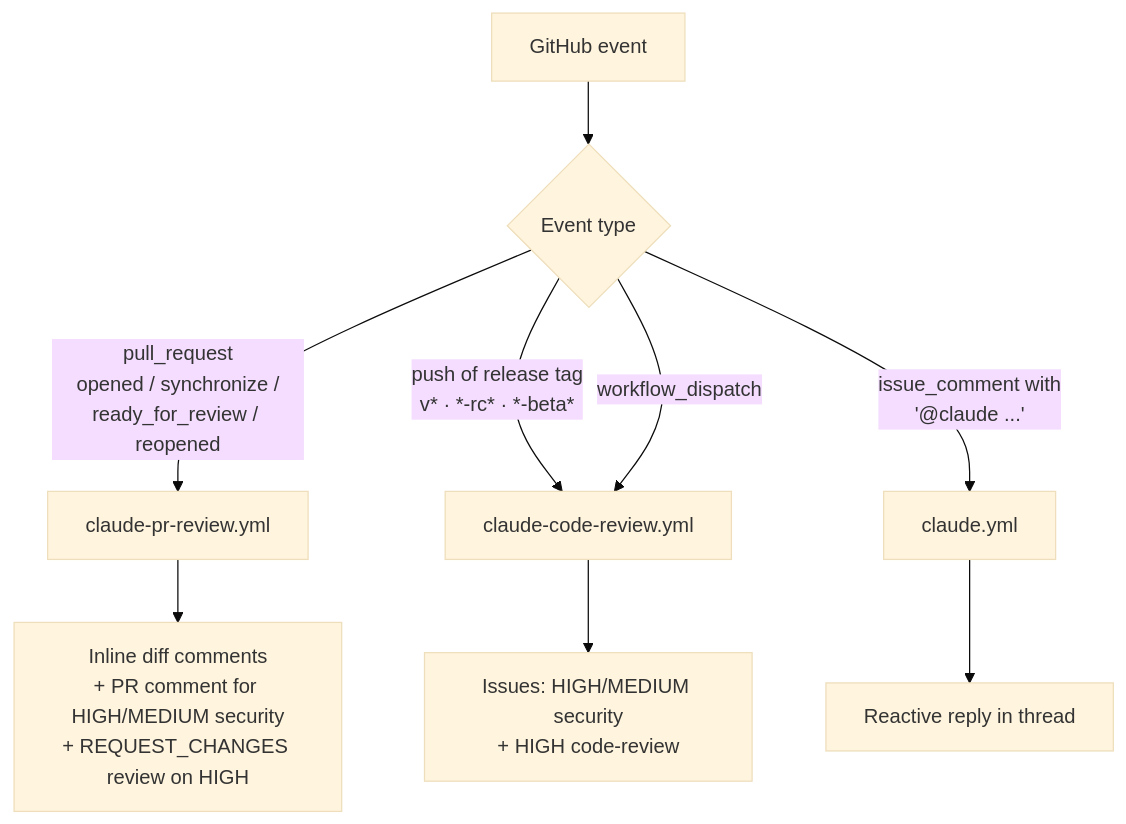
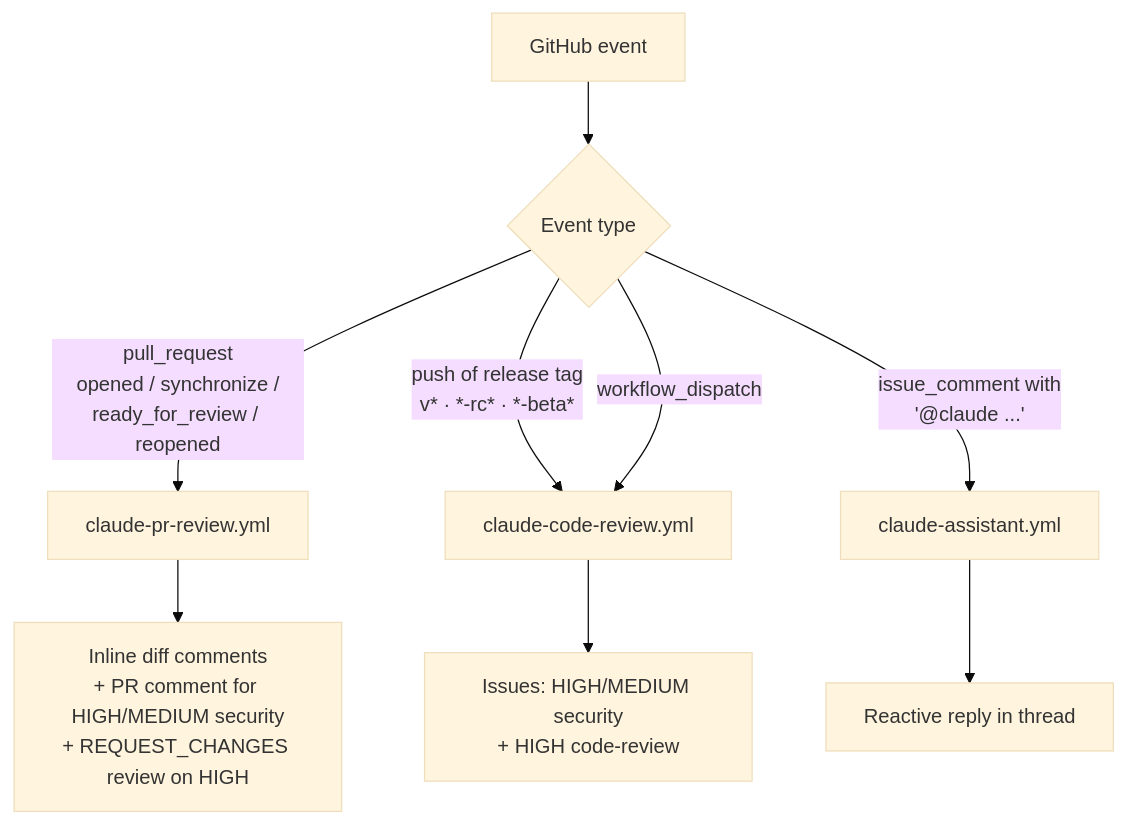
The first of 5 diagrams in .github/README.md (fibaneza/llm-usage-lens), drawn with Mermaid (base theme) before and after one commit. The commit also changed other lines of this file and 22 other files, not shown here.

````diff
--- a/.github/README.md
+++ b/.github/README.md
@@ -92,11 +148,11 @@
 ```mermaid
 flowchart TD
     A[GitHub event] --> B{Event type}
     B -->|pull_request<br/>opened / synchronize /<br/>ready_for_review / reopened| PR[claude-pr-review.yml]
     B -->|push of release tag<br/>v* · *-rc* · *-beta*| RA[claude-code-review.yml]
     B -->|workflow_dispatch| RA
-    B -->|issue_comment with<br/>'@claude ...'| BOT[claude.yml]
+    B -->|issue_comment with<br/>'@claude ...'| BOT[claude-assistant.yml]
     PR --> PR1[Inline diff comments<br/>+ PR comment for HIGH/MEDIUM security<br/>+ REQUEST_CHANGES review on HIGH]
     RA --> RA1[Issues: HIGH/MEDIUM security<br/>+ HIGH code-review]
     BOT --> BOT1[Reactive reply in thread]
 ```
````
